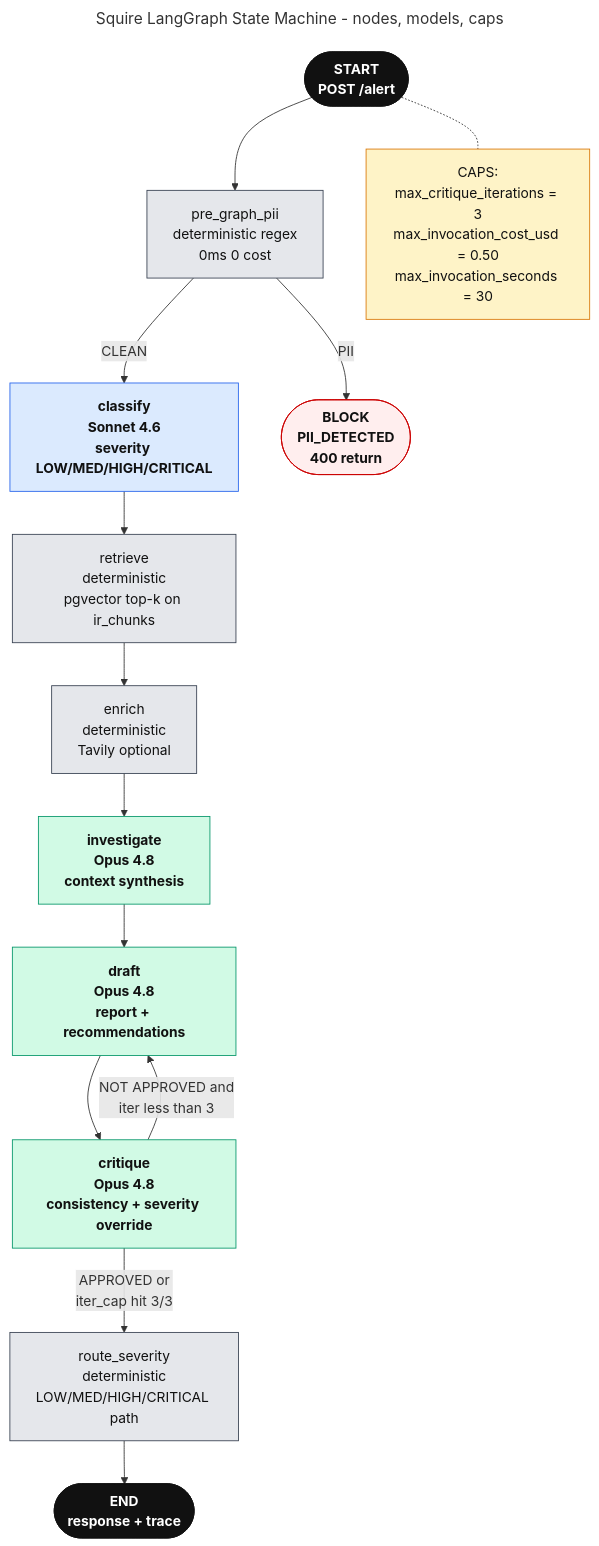
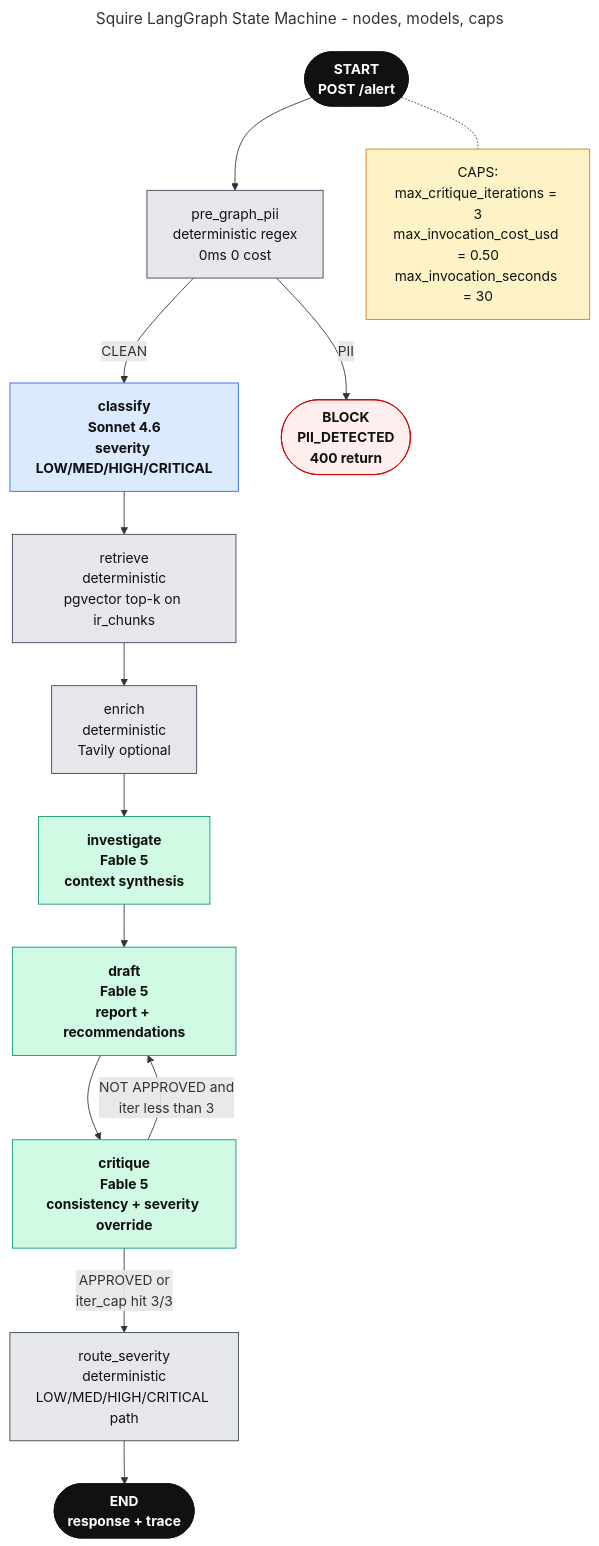
The diagram in docs/grc/diagrams/squire-state-machine.mmd (ET-sec/cyber-squire1), drawn with Mermaid before and after one commit. The commit also changed 52 other files, not shown here.

```diff
--- a/docs/grc/diagrams/squire-state-machine.mmd
+++ b/docs/grc/diagrams/squire-state-machine.mmd
@@ -1,45 +1,45 @@
 ---
 title: Squire LangGraph State Machine - nodes, models, caps
 ---
 flowchart TD
     START(["START<br/>POST /alert"])
     PG["pre_graph_pii<br/>deterministic regex<br/>0ms 0 cost"]
     CL["classify<br/>Sonnet 4.6<br/>severity LOW/MED/HIGH/CRITICAL"]
     RT["retrieve<br/>deterministic<br/>pgvector top-k on ir_chunks"]
     EN["enrich<br/>deterministic<br/>Tavily optional"]
-    IN["investigate<br/>Opus 4.8<br/>context synthesis"]
-    DR["draft<br/>Opus 4.8<br/>report + recommendations"]
-    CR["critique<br/>Opus 4.8<br/>consistency + severity override"]
+    IN["investigate<br/>Fable 5<br/>context synthesis"]
+    DR["draft<br/>Fable 5<br/>report + recommendations"]
+    CR["critique<br/>Fable 5<br/>consistency + severity override"]
     RS["route_severity<br/>deterministic<br/>LOW/MED/HIGH/CRITICAL path"]
     END_N(["END<br/>response + trace"])
     BLOCK(["BLOCK<br/>PII_DETECTED<br/>400 return"])
 
     START --> PG
     PG -->|CLEAN| CL
     PG -->|PII| BLOCK
     CL --> RT
     RT --> EN
     EN --> IN
     IN --> DR
     DR --> CR
     CR -->|APPROVED or<br/>iter_cap hit 3/3| RS
     CR -->|NOT APPROVED and<br/>iter less than 3| DR
     RS --> END_N
 
     %% Caps annotation box
     CAPS["CAPS:<br/>max_critique_iterations = 3<br/>max_invocation_cost_usd = 0.50<br/>max_invocation_seconds = 30"]
     START -.- CAPS
 
     classDef startend fill:#111,stroke:#111,color:#fff,font-weight:bold
     classDef det fill:#e5e7eb,stroke:#374151,color:#111
     classDef sonnet fill:#dbeafe,stroke:#2563eb,color:#111,font-weight:bold
     classDef opus fill:#d1fae5,stroke:#059669,color:#111,font-weight:bold
     classDef block fill:#fee,stroke:#c00,color:#111,font-weight:bold
     classDef caps fill:#fef3c7,stroke:#d97706,color:#111
 
     class START,END_N startend
     class PG,RT,EN,RS det
     class CL sonnet
     class IN,DR,CR opus
     class BLOCK block
     class CAPS caps
```
